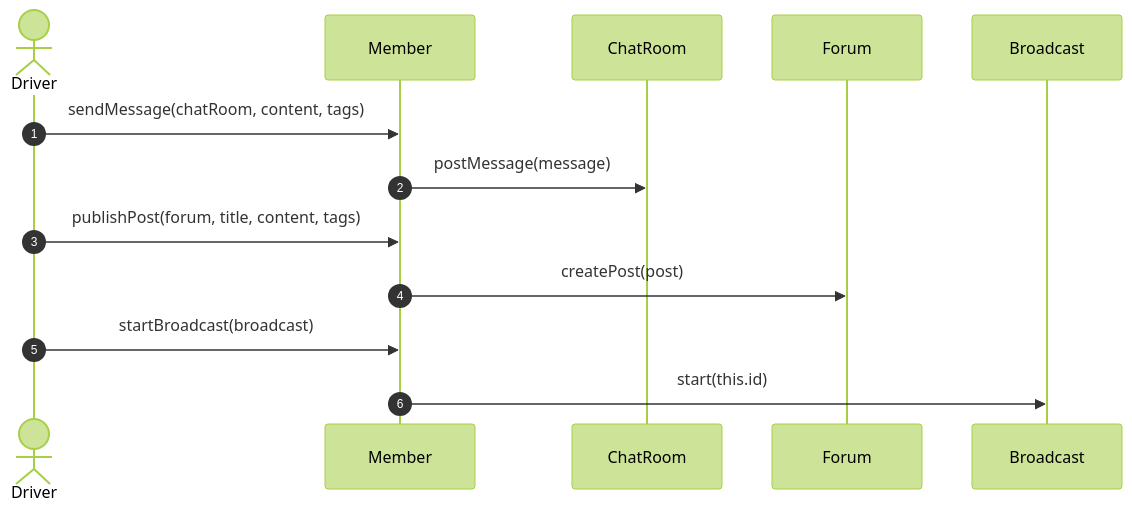
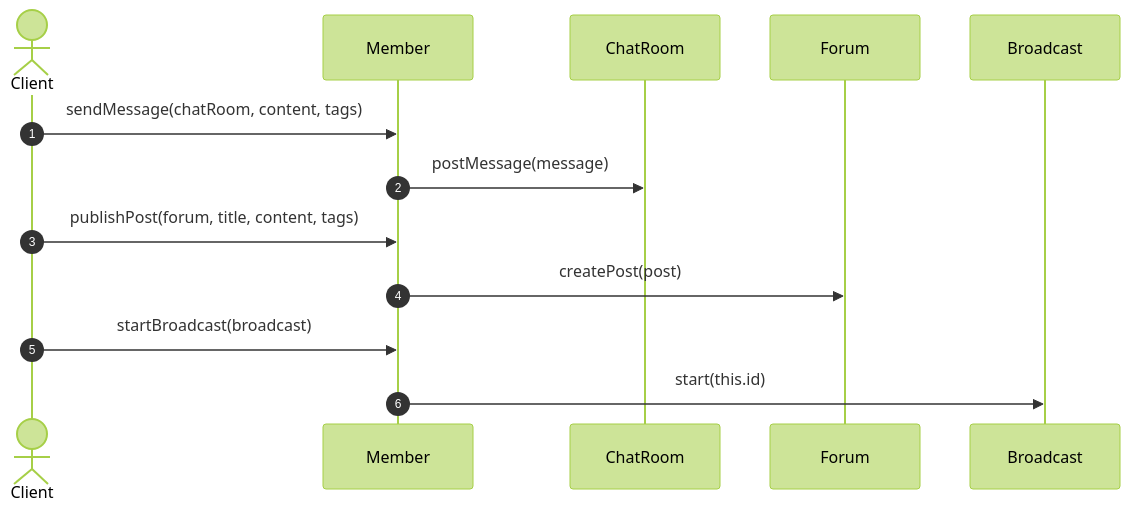
The second of 7 diagrams in homework8_Waterball/OOA-方法呼叫關係分析.md (tanguitar8093/Software-Design-Pattern-HW), drawn with Mermaid (forest theme) before and after one commit. The commit also changed other lines of this file and 2 other files, not shown here.

````diff
--- a/homework8_Waterball/OOA-方法呼叫關係分析.md
+++ b/homework8_Waterball/OOA-方法呼叫關係分析.md
@@ -320,18 +321,18 @@
 ```mermaid
 sequenceDiagram
     autonumber
-    actor Driver
+    actor Client
     participant Member as Member
     participant ChatRoom as ChatRoom
     participant Forum as Forum
     participant Broadcast as Broadcast
 
-    Driver->>Member: sendMessage(chatRoom, content, tags)
+    Client->>Member: sendMessage(chatRoom, content, tags)
     Member->>ChatRoom: postMessage(message)
 
-    Driver->>Member: publishPost(forum, title, content, tags)
+    Client->>Member: publishPost(forum, title, content, tags)
     Member->>Forum: createPost(post)
 
-    Driver->>Member: startBroadcast(broadcast)
+    Client->>Member: startBroadcast(broadcast)
     Member->>Broadcast: start(this.id)
 ```
````
